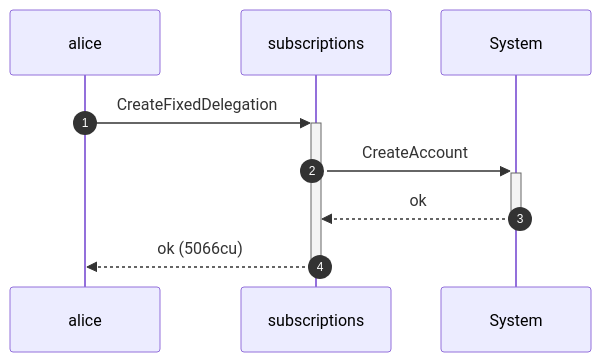
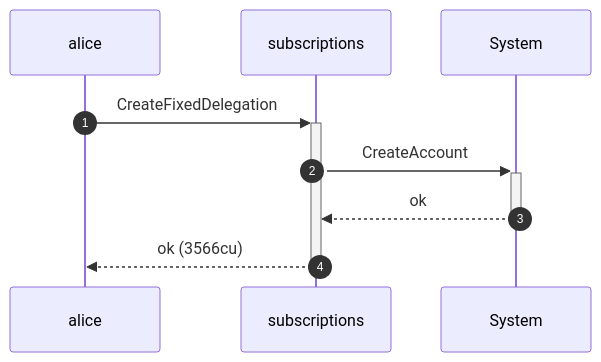
One commit to cds-rs/subscriptions changed the sixth of 8 diagrams in dsl_tests/mallory-cannot-revoke-a-sponsor-funded-delegation.md. Above: the diagram before and after it, drawn with Mermaid. The commit also changed other lines of this file and 224 other files, not shown here.

````diff
--- a/dsl_tests/mallory-cannot-revoke-a-sponsor-funded-delegation.md
+++ b/dsl_tests/mallory-cannot-revoke-a-sponsor-funded-delegation.md
@@ -117,11 +123,11 @@
 ```mermaid
 sequenceDiagram
     autonumber
     participant alice
     participant subscriptions
     participant System
     alice ->>+ subscriptions: CreateFixedDelegation
     subscriptions ->>+ System: CreateAccount
     System -->>- subscriptions: ok
-    subscriptions -->>- alice: ok (5066cu)
+    subscriptions -->>- alice: ok (3566cu)
 ```
````
